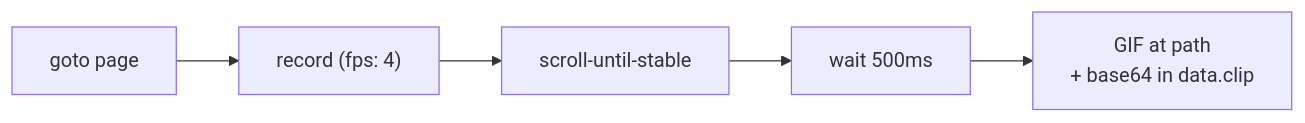
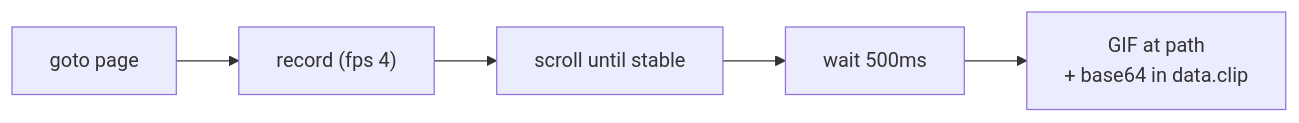
The diagram in docs/demos/recording.md (olivierdevelops/webtasks), drawn with Mermaid before and after one commit. The commit also changed other lines of this file and 72 other files, not shown here.

````diff
--- a/docs/demos/recording.md
+++ b/docs/demos/recording.md
@@ -45,7 +36,7 @@
 ```mermaid
 flowchart LR
-    Goto[goto page] --> Rec["record (fps: 4)"]
-    Rec --> Scroll[scroll-until-stable]
+    Goto[goto page] --> Rec["record (fps 4)"]
+    Rec --> Scroll[scroll until stable]
     Scroll --> Wait[wait 500ms]
-    Wait --> GIF["GIF at path\n+ base64 in data.clip"]
+    Wait --> GIF["GIF at path<br/>+ base64 in data.clip"]
 ```
````
